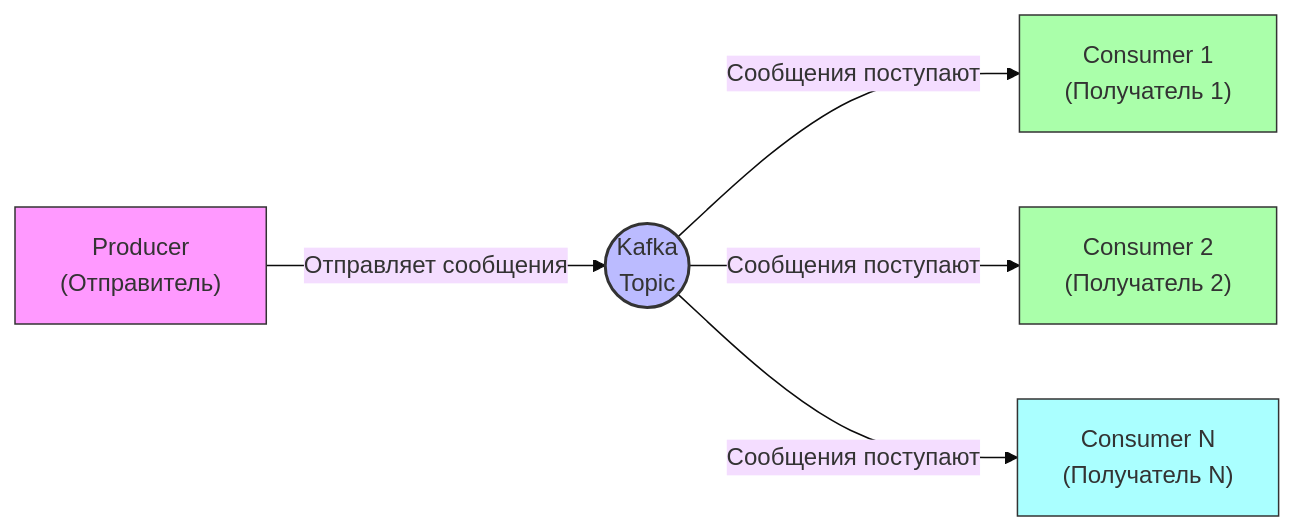
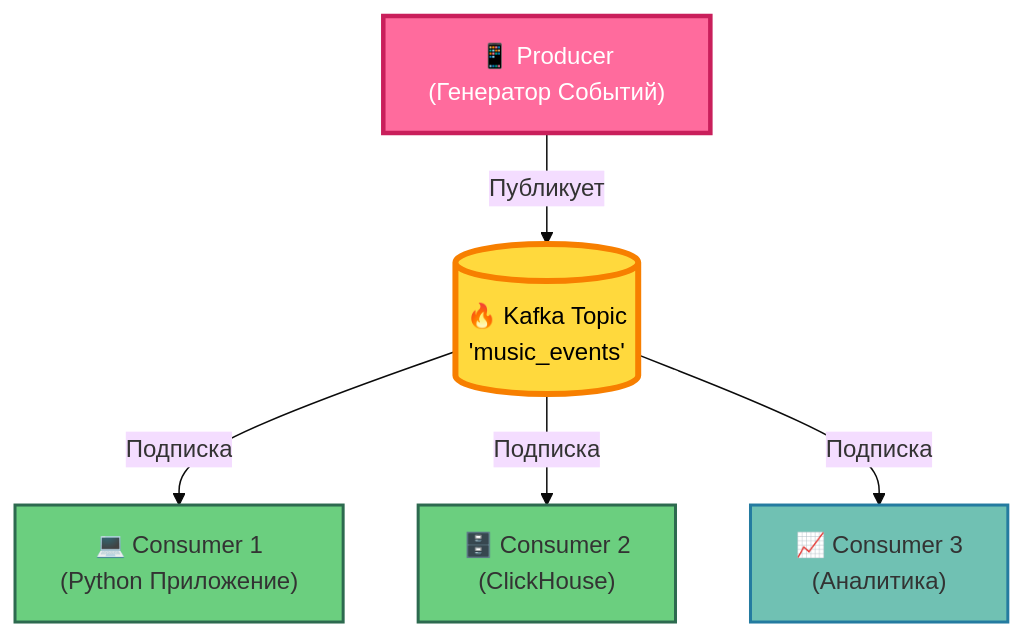
Before and after one commit to Almas1989/kafka_de_project: the second of 4 diagrams in README.md, drawn with Mermaid (base theme). The commit also changed other lines of this file, not shown here.

````diff
--- a/README.md
+++ b/README.md
@@ -46,13 +89,13 @@
 ```mermaid
-flowchart LR
-    A["Producer<br>(Отправитель)"] -- Отправляет сообщения --> B((Kafka<br>Topic))
-    B -- Сообщения поступают --> C["Consumer 1<br>(Получатель 1)"]
-    B -- Сообщения поступают --> D["Consumer 2<br>(Получатель 2)"]
-    B -- Сообщения поступают --> F["Consumer N<br>(Получатель N)"]
+flowchart TB
+    A["📱 Producer<br/>(Генератор Событий)"] -- Публикует --> B[("🔥 Kafka Topic<br/>'music_events'")]
+    B -- Подписка --> C["💻 Consumer 1<br/>(Python Приложение)"]
+    B -- Подписка --> D["🗄️ Consumer 2<br/>(ClickHouse)"]
+    B -- Подписка --> E["📈 Consumer 3<br/>(Аналитика)"]
 
-    style A fill:#f9f,stroke:#333,stroke-width:1px
-    style B fill:#bbf,stroke:#333,stroke-width:2px
-    style C fill:#afa,stroke:#333,stroke-width:1px
-    style D fill:#afa,stroke:#333,stroke-width:1px
-    style F fill:#aff,stroke:#333,stroke-width:1px
+    style A fill:#FF6B9D,stroke:#C91F5B,stroke-width:3px,color:#fff
+    style B fill:#FFD93D,stroke:#F77F00,stroke-width:4px,color:#000
+    style C fill:#6BCF7F,stroke:#2D6A4F,stroke-width:2px
+    style D fill:#6BCF7F,stroke:#2D6A4F,stroke-width:2px
+    style E fill:#70C1B3,stroke:#247BA0,stroke-width:2px
 ```
````
